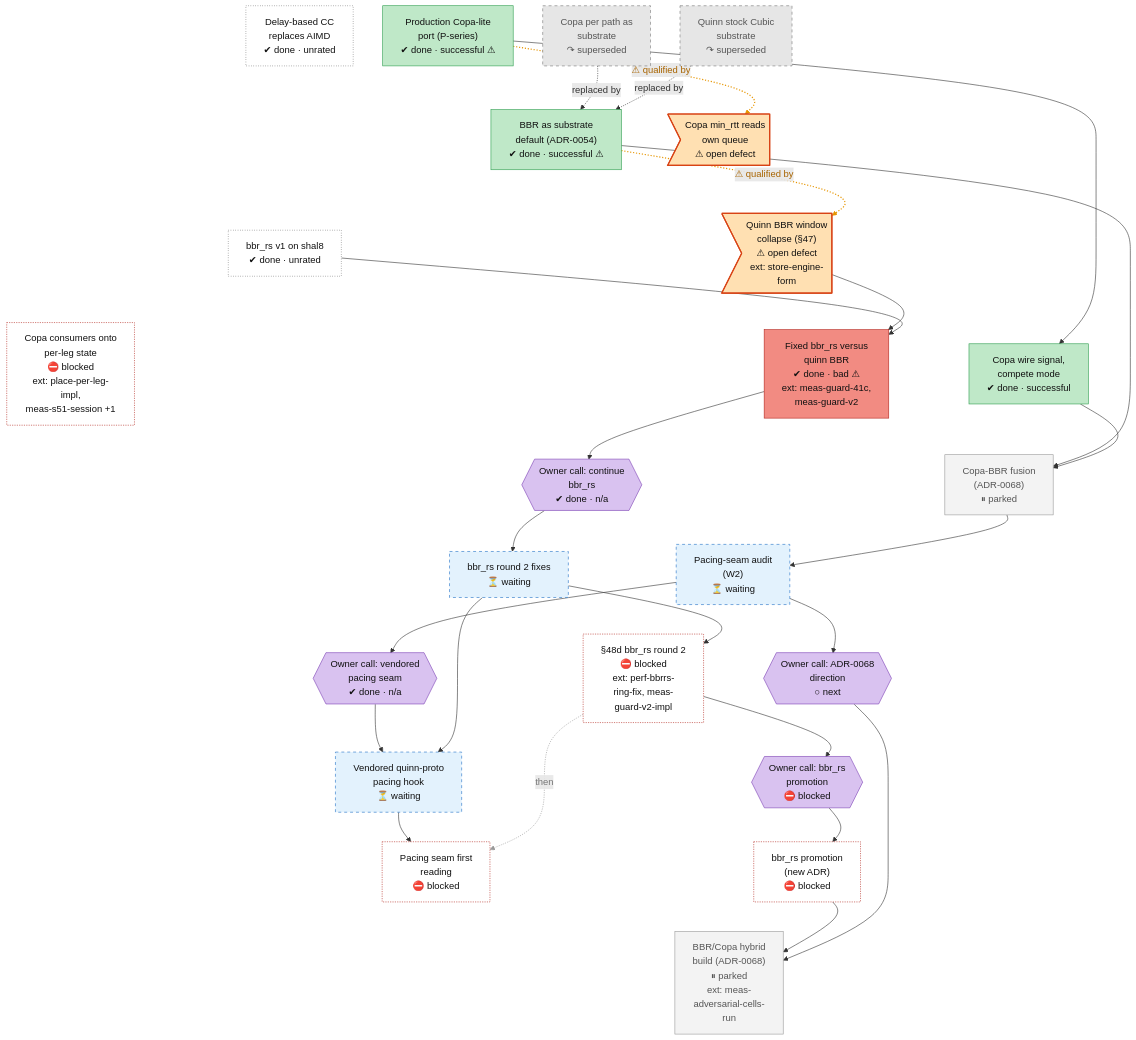
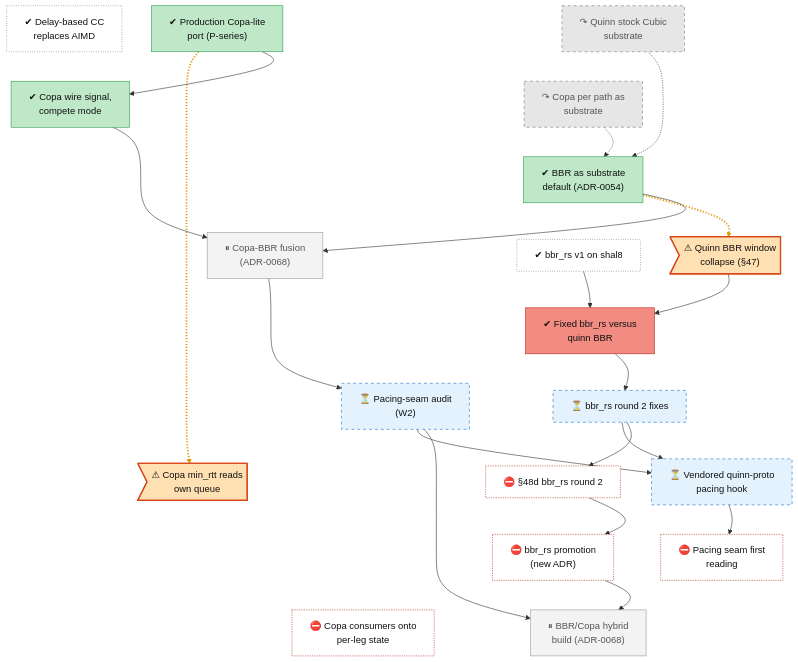
Before and after one commit to lhns/raptorpath: the diagram in docs/roadmap/tracks/cc.md, drawn with Mermaid. The commit also changed 15 other files, not shown here.

Commit message:
roadmap: one direction (time) in every diagram, shorter labels, text legend, timeline on its own page, owner decisions kept out of diagrams

````diff
--- a/docs/roadmap/tracks/cc.md
+++ b/docs/roadmap/tracks/cc.md
@@ -10,109 +10,64 @@
 ```mermaid
 flowchart TB
-    cc_early_delay_cc["Delay-based CC<br/>replaces AIMD<br/>✔ done · unrated"]
-    cc_copa_lite["Production Copa-lite<br/>port (P-series)<br/>✔ done · successful ⚠"]
-    cc_copa_sole_substrate["Copa per path as<br/>substrate<br/>↷ superseded"]
-    cc_cubic_substrate["Quinn stock Cubic<br/>substrate<br/>↷ superseded"]
-    cc_copa_wire_signal["Copa wire signal,<br/>compete mode<br/>✔ done · successful"]
-    cc_bbr_default["BBR as substrate<br/>default (ADR-0054)<br/>✔ done · successful ⚠"]
-    cc_bbrrs_v1["bbr_rs v1 on shal8<br/>✔ done · unrated"]
-    cc_adr68_fusion["Copa-BBR fusion<br/>(ADR-0068)<br/>⏸ parked"]
-    cc_quinn_bbr_collapse>"Quinn BBR window<br/>collapse (#167;47)<br/>⚠ open defect<br/>ext: store-engine-<br/>form"]
-    cc_bbrrs_r1["Fixed bbr_rs versus<br/>quinn BBR<br/>✔ done · bad ⚠<br/>ext: meas-guard-41c,<br/>meas-guard-v2"]
-    cc_user_continue_bbrrs{{"Owner call: continue<br/>bbr_rs<br/>✔ done · n/a"}}
-    cc_bbrrs_r2["bbr_rs round 2 fixes<br/>⏳ waiting"]
-    cc_pacing_audit["Pacing-seam audit<br/>(W2)<br/>⏳ waiting"]
-    cc_user_pacing_s3{{"Owner call: vendored<br/>pacing seam<br/>✔ done · n/a"}}
-    cc_pacing_seam["Vendored quinn-proto<br/>pacing hook<br/>⏳ waiting"]
-    cc_defect_copa_minrtt>"Copa min_rtt reads<br/>own queue<br/>⚠ open defect"]
-    cc_s48d_session["#167;48d bbr_rs round 2<br/>⛔ blocked<br/>ext: perf-bbrrs-<br/>ring-fix, meas-<br/>guard-v2-impl"]
-    cc_pacing_seam_reading["Pacing seam first<br/>reading<br/>⛔ blocked"]
-    cc_user_adr68_direction{{"Owner call: ADR-0068<br/>direction<br/>○ next"}}
-    cc_user_bbrrs_promotion{{"Owner call: bbr_rs<br/>promotion<br/>⛔ blocked"}}
-    cc_copa_consumers["Copa consumers onto<br/>per-leg state<br/>⛔ blocked<br/>ext: place-per-leg-<br/>impl,<br/>meas-s51-session +1"]
-    cc_bbrrs_promote["bbr_rs promotion<br/>(new ADR)<br/>⛔ blocked"]
-    cc_hybrid["BBR/Copa hybrid<br/>build (ADR-0068)<br/>⏸ parked<br/>ext: meas-<br/>adversarial-cells-<br/>run"]
-    cc_early_delay_cc ~~~ cc_bbr_default
-    cc_early_delay_cc ~~~ cc_bbrrs_v1
-    cc_early_delay_cc ~~~ cc_quinn_bbr_collapse
-    cc_early_delay_cc ~~~ cc_defect_copa_minrtt
-    cc_copa_lite ~~~ cc_bbr_default
-    cc_copa_lite ~~~ cc_bbrrs_v1
-    cc_copa_lite ~~~ cc_quinn_bbr_collapse
-    cc_copa_lite ~~~ cc_defect_copa_minrtt
+    cc_cubic_substrate["↷ Quinn stock Cubic<br/>substrate"]
+    cc_early_delay_cc["✔ Delay-based CC<br/>replaces AIMD"]
+    cc_copa_lite["✔ Production Copa-lite<br/>port (P-series)"]
+    cc_copa_sole_substrate["↷ Copa per path as<br/>substrate"]
+    cc_copa_wire_signal["✔ Copa wire signal,<br/>compete mode"]
+    cc_bbr_default["✔ BBR as substrate<br/>default (ADR-0054)"]
+    cc_adr68_fusion["⏸ Copa-BBR fusion<br/>(ADR-0068)"]
+    cc_bbrrs_v1["✔ bbr_rs v1 on shal8"]
+    cc_quinn_bbr_collapse>"⚠ Quinn BBR window<br/>collapse (#167;47)"]
+    cc_bbrrs_r1["✔ Fixed bbr_rs versus<br/>quinn BBR"]
+    cc_bbrrs_r2["⏳ bbr_rs round 2 fixes"]
+    cc_pacing_audit["⏳ Pacing-seam audit<br/>(W2)"]
+    cc_pacing_seam["⏳ Vendored quinn-proto<br/>pacing hook"]
+    cc_defect_copa_minrtt>"⚠ Copa min_rtt reads<br/>own queue"]
+    cc_s48d_session["⛔ #167;48d bbr_rs round 2"]
+    cc_pacing_seam_reading["⛔ Pacing seam first<br/>reading"]
+    cc_bbrrs_promote["⛔ bbr_rs promotion<br/>(new ADR)"]
+    cc_hybrid["⏸ BBR/Copa hybrid<br/>build (ADR-0068)"]
+    cc_copa_consumers["⛔ Copa consumers onto<br/>per-leg state"]
+    cc_cubic_substrate ~~~ cc_copa_sole_substrate
+    cc_early_delay_cc ~~~ cc_copa_wire_signal
+    cc_copa_lite ~~~ cc_copa_wire_signal
     cc_copa_sole_substrate ~~~ cc_bbr_default
-    cc_copa_sole_substrate ~~~ cc_bbrrs_v1
-    cc_copa_sole_substrate ~~~ cc_quinn_bbr_collapse
-    cc_copa_sole_substrate ~~~ cc_defect_copa_minrtt
-    cc_cubic_substrate ~~~ cc_bbr_default
-    cc_cubic_substrate ~~~ cc_bbrrs_v1
-    cc_cubic_substrate ~~~ cc_quinn_bbr_collapse
-    cc_cubic_substrate ~~~ cc_defect_copa_minrtt
-    cc_bbr_default ~~~ cc_copa_consumers
-    cc_bbr_default ~~~ cc_copa_wire_signal
-    cc_bbr_default ~~~ cc_bbrrs_r1
-    cc_bbrrs_v1 ~~~ cc_copa_consumers
-    cc_bbrrs_v1 ~~~ cc_copa_wire_signal
+    cc_copa_wire_signal ~~~ cc_bbr_default
+    cc_bbr_default ~~~ cc_adr68_fusion
+    cc_bbr_default ~~~ cc_bbrrs_v1
+    cc_bbr_default ~~~ cc_quinn_bbr_collapse
+    cc_adr68_fusion ~~~ cc_bbrrs_r1
     cc_bbrrs_v1 ~~~ cc_bbrrs_r1
-    cc_quinn_bbr_collapse ~~~ cc_copa_consumers
-    cc_quinn_bbr_collapse ~~~ cc_copa_wire_signal
     cc_quinn_bbr_collapse ~~~ cc_bbrrs_r1
-    cc_defect_copa_minrtt ~~~ cc_copa_consumers
-    cc_defect_copa_minrtt ~~~ cc_copa_wire_signal
-    cc_defect_copa_minrtt ~~~ cc_bbrrs_r1
-    cc_copa_consumers ~~~ cc_adr68_fusion
-    cc_copa_consumers ~~~ cc_user_continue_bbrrs
-    cc_copa_wire_signal ~~~ cc_adr68_fusion
-    cc_copa_wire_signal ~~~ cc_user_continue_bbrrs
-    cc_bbrrs_r1 ~~~ cc_adr68_fusion
-    cc_bbrrs_r1 ~~~ cc_user_continue_bbrrs
-    cc_adr68_fusion ~~~ cc_bbrrs_r2
-    cc_adr68_fusion ~~~ cc_pacing_audit
-    cc_user_continue_bbrrs ~~~ cc_bbrrs_r2
-    cc_user_continue_bbrrs ~~~ cc_pacing_audit
-    cc_bbrrs_r2 ~~~ cc_user_pacing_s3
-    cc_bbrrs_r2 ~~~ cc_s48d_session
-    cc_bbrrs_r2 ~~~ cc_user_adr68_direction
-    cc_pacing_audit ~~~ cc_user_pacing_s3
+    cc_bbrrs_r1 ~~~ cc_bbrrs_r2
+    cc_bbrrs_r1 ~~~ cc_pacing_audit
+    cc_bbrrs_r2 ~~~ cc_pacing_seam
+    cc_pacing_audit ~~~ cc_defect_copa_minrtt
     cc_pacing_audit ~~~ cc_s48d_session
-    cc_pacing_audit ~~~ cc_user_adr68_direction
-    cc_user_pacing_s3 ~~~ cc_pacing_seam
-    cc_user_pacing_s3 ~~~ cc_user_bbrrs_promotion
-    cc_s48d_session ~~~ cc_pacing_seam
-    cc_s48d_session ~~~ cc_user_bbrrs_promotion
-    cc_user_adr68_direction ~~~ cc_pacing_seam
-    cc_user_adr68_direction ~~~ cc_user_bbrrs_promotion
     cc_pacing_seam ~~~ cc_pacing_seam_reading
-    cc_pacing_seam ~~~ cc_bbrrs_promote
-    cc_user_bbrrs_promotion ~~~ cc_pacing_seam_reading
-    cc_user_bbrrs_promotion ~~~ cc_bbrrs_promote
+    cc_defect_copa_minrtt ~~~ cc_bbrrs_promote
+    cc_s48d_session ~~~ cc_bbrrs_promote
     cc_pacing_seam_reading ~~~ cc_hybrid
-    cc_bbrrs_promote ~~~ cc_hybrid
-    cc_copa_lite -.->|⚠ qualified by| cc_defect_copa_minrtt
-    cc_copa_sole_substrate -.->|replaced by| cc_bbr_default
-    cc_cubic_substrate -.->|replaced by| cc_bbr_default
+    cc_bbrrs_promote ~~~ cc_copa_consumers
+    cc_cubic_substrate -.-> cc_bbr_default
+    cc_copa_lite -.-> cc_defect_copa_minrtt
+    cc_copa_sole_substrate -.-> cc_bbr_default
     cc_copa_lite --> cc_copa_wire_signal
-    cc_bbr_default -.->|⚠ qualified by| cc_quinn_bbr_collapse
+    cc_bbr_default -.-> cc_quinn_bbr_collapse
     cc_bbr_default --> cc_adr68_fusion
     cc_copa_wire_signal --> cc_adr68_fusion
     cc_quinn_bbr_collapse --> cc_bbrrs_r1
     cc_bbrrs_v1 --> cc_bbrrs_r1
-    cc_bbrrs_r1 --> cc_user_continue_bbrrs
-    cc_user_continue_bbrrs --> cc_bbrrs_r2
+    cc_bbrrs_r1 --> cc_bbrrs_r2
     cc_adr68_fusion --> cc_pacing_audit
-    cc_pacing_audit --> cc_user_pacing_s3
-    cc_user_pacing_s3 --> cc_pacing_seam
+    cc_pacing_audit --> cc_pacing_seam
     cc_bbrrs_r2 --> cc_pacing_seam
     cc_bbrrs_r2 --> cc_s48d_session
     cc_pacing_seam --> cc_pacing_seam_reading
-    cc_pacing_audit --> cc_user_adr68_direction
-    cc_s48d_session --> cc_user_bbrrs_promotion
-    cc_user_bbrrs_promotion --> cc_bbrrs_promote
+    cc_s48d_session --> cc_bbrrs_promote
     cc_bbrrs_promote --> cc_hybrid
-    cc_user_adr68_direction --> cc_hybrid
-    cc_s48d_session -.->|then| cc_pacing_seam_reading
-    linkStyle 56,60 stroke:#e69500,stroke-width:2px,stroke-dasharray:2 3,color:#a86400
-    linkStyle 78 stroke:#999,stroke-width:1px,color:#777
+    cc_pacing_audit --> cc_hybrid
+    linkStyle 22,25 stroke:#e69500,stroke-width:3px,stroke-dasharray:2 3
     classDef vsucc fill:#2e9e4f,stroke:#1b6b34,color:#fff
     classDef succ fill:#bfe8c8,stroke:#2e9e4f,color:#111
     classDef mixed fill:#ffd37a,stroke:#c98a00,color:#111
@@ -126,13 +81,12 @@
     classDef userdec fill:#d9c2f0,stroke:#7b3fb5,color:#111
     classDef defect fill:#ffe0b2,stroke:#d84315,stroke-width:2px,color:#111
     classDef waiting fill:#e3f2fd,stroke:#1f6fc5,stroke-dasharray:5 5,color:#111
+    class cc_cubic_substrate,cc_copa_sole_substrate dead
     class cc_early_delay_cc,cc_bbrrs_v1 unrated
     class cc_copa_lite,cc_copa_wire_signal,cc_bbr_default succ
-    class cc_copa_sole_substrate,cc_cubic_substrate dead
     class cc_adr68_fusion,cc_hybrid parked
     class cc_quinn_bbr_collapse,cc_defect_copa_minrtt defect
     class cc_bbrrs_r1 bad
-    class cc_user_continue_bbrrs,cc_user_pacing_s3,cc_user_adr68_direction,cc_user_bbrrs_promotion userdec
     class cc_bbrrs_r2,cc_pacing_audit,cc_pacing_seam waiting
-    class cc_s48d_session,cc_pacing_seam_reading,cc_copa_consumers,cc_bbrrs_promote blocked
+    class cc_s48d_session,cc_pacing_seam_reading,cc_bbrrs_promote,cc_copa_consumers blocked
 ```
````
